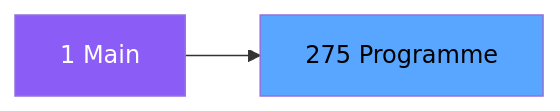
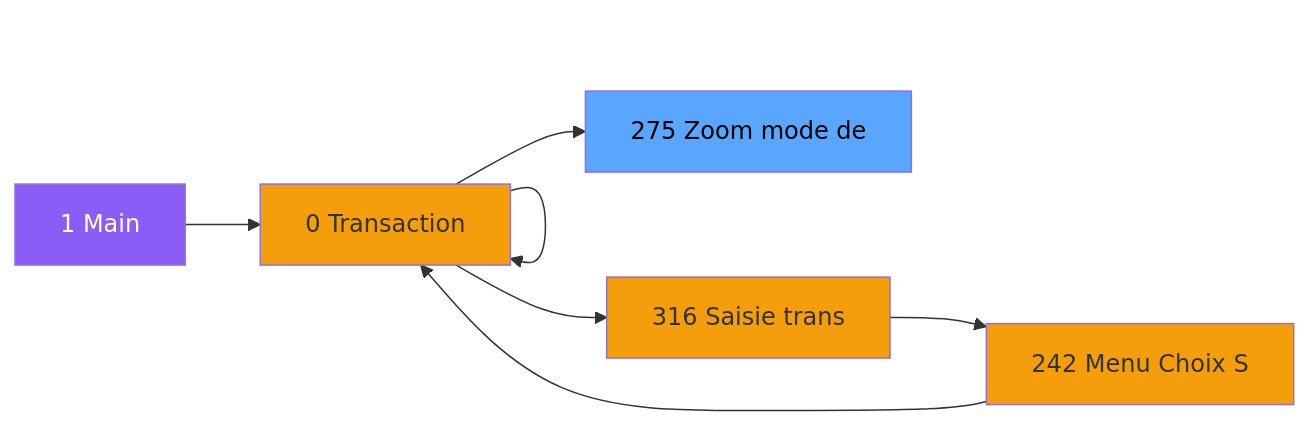
One commit to thonyAGP/magic-migration changed the second of 3 diagrams in .openspec/specs/ADH-IDE-275.md. Above: the diagram before and after it, drawn with Mermaid. The commit also changed other lines of this file and 323 other files, not shown here.

````diff
--- a/.openspec/specs/ADH-IDE-275.md
+++ b/.openspec/specs/ADH-IDE-275.md
@@ -99,8 +114,23 @@
 ```mermaid
 graph LR
     M[1 Main]
-    T[275 Programme]
-    M --> T
+    N0[0 Transaction ]
+    N0[0 Transaction ]
+    N316[316 Saisie trans]
+    N242[242 Menu Choix S]
+    N0[0 Transaction ]
+    T[275 Zoom mode de]
+    M --> N0
+    N0 --> N0
+    N0 --> N316
+    N316 --> N242
+    N242 --> N0
+    N0 --> T
     style M fill:#8b5cf6,color:#fff
+    style N0 fill:#f59e0b
+    style N0 fill:#f59e0b
+    style N316 fill:#f59e0b
+    style N242 fill:#f59e0b
+    style N0 fill:#f59e0b
     style T fill:#58a6ff,color:#000
 ```
````
